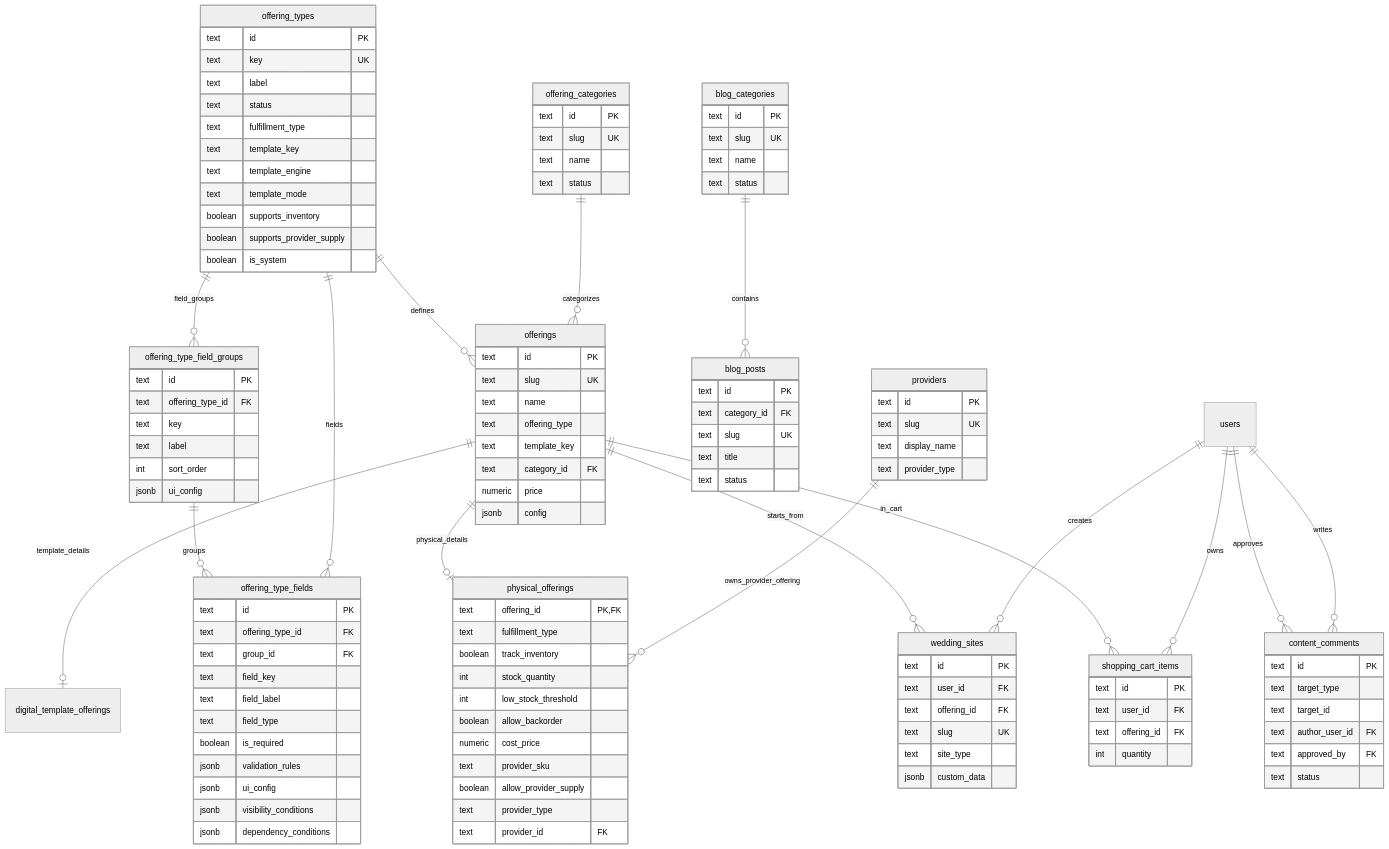
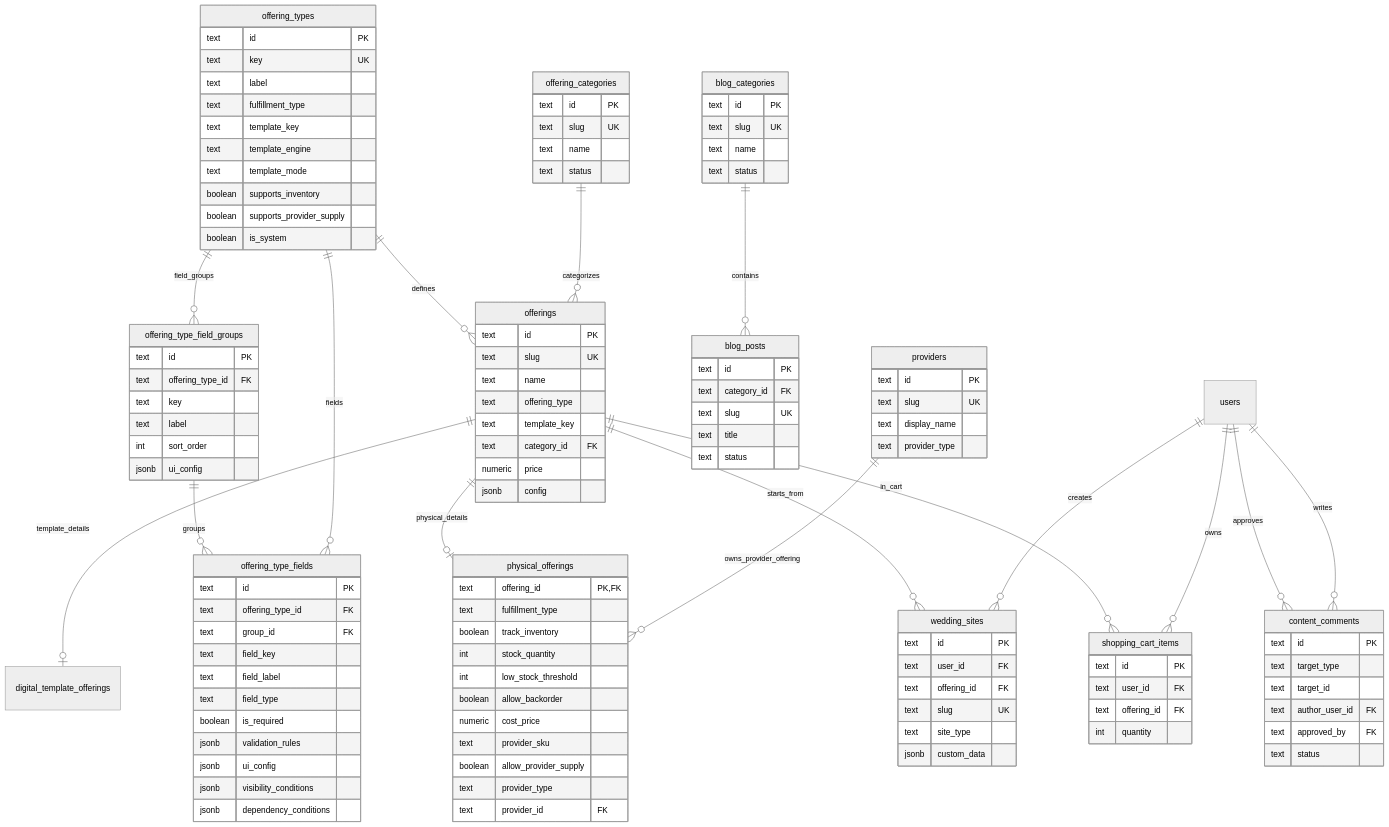
Before and after one commit to hoangpham2263/pinklove: the sixth of 8 diagrams in docs/schema.md, drawn with Mermaid (neutral theme). The commit also changed other lines of this file and 58 other files, not shown here.

```diff
--- a/docs/schema.md
+++ b/docs/schema.md
@@ -736,7 +726,6 @@
     text id PK
     text key UK
     text label
-    text status
     text fulfillment_type
     text template_key
     text template_engine
```
